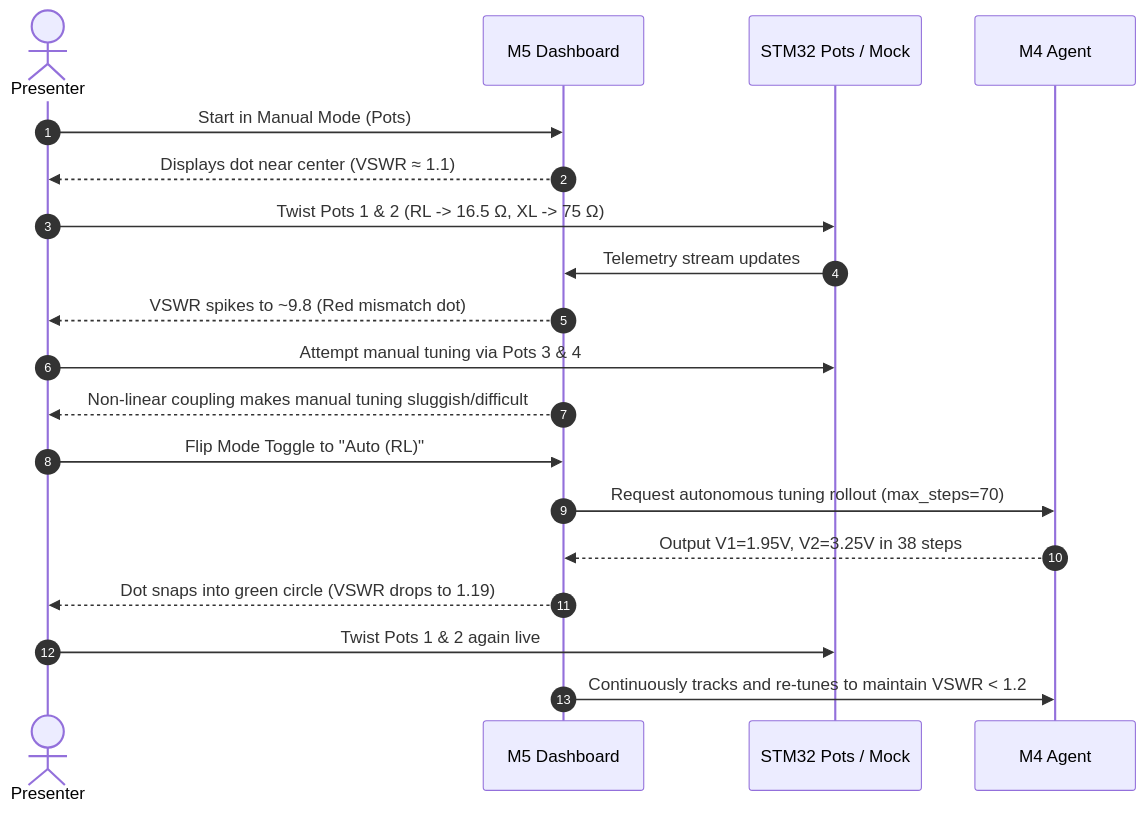
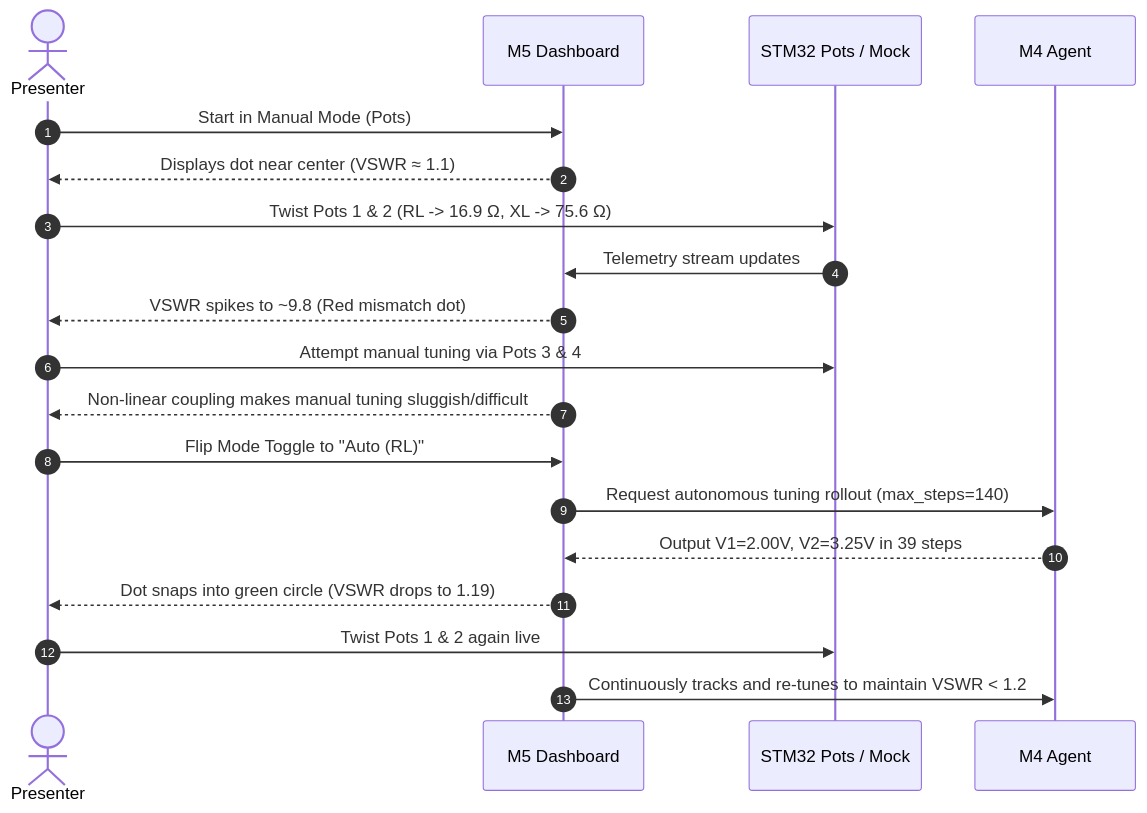
The second of 2 diagrams in plan_m5.md (iMayankGaurav/AutonomousImpedanceMatchingNetwork), drawn with Mermaid before and after one commit. The commit also changed other lines of this file, not shown here.

````diff
--- a/plan_m5.md
+++ b/plan_m5.md
@@ -334,22 +418,22 @@
 ```mermaid
 sequenceDiagram
     autonumber
     actor Presenter
     participant Dashboard as M5 Dashboard
     participant Hardware as STM32 Pots / Mock
     participant RL as M4 Agent
 
     Presenter->>Dashboard: Start in Manual Mode (Pots)
     Dashboard-->>Presenter: Displays dot near center (VSWR ≈ 1.1)
-    Presenter->>Hardware: Twist Pots 1 & 2 (RL -> 16.5 Ω, XL -> 75 Ω)
+    Presenter->>Hardware: Twist Pots 1 & 2 (RL -> 16.9 Ω, XL -> 75.6 Ω)
     Hardware->>Dashboard: Telemetry stream updates
     Dashboard-->>Presenter: VSWR spikes to ~9.8 (Red mismatch dot)
     Presenter->>Hardware: Attempt manual tuning via Pots 3 & 4
     Dashboard-->>Presenter: Non-linear coupling makes manual tuning sluggish/difficult
     Presenter->>Dashboard: Flip Mode Toggle to "Auto (RL)"
-    Dashboard->>RL: Request autonomous tuning rollout (max_steps=70)
-    RL-->>Dashboard: Output V1=1.95V, V2=3.25V in 38 steps
+    Dashboard->>RL: Request autonomous tuning rollout (max_steps=140)
+    RL-->>Dashboard: Output V1=2.00V, V2=3.25V in 39 steps
     Dashboard-->>Presenter: Dot snaps into green circle (VSWR drops to 1.19)
     Presenter->>Hardware: Twist Pots 1 & 2 again live
     Dashboard->>RL: Continuously tracks and re-tunes to maintain VSWR < 1.2
 ```
````
